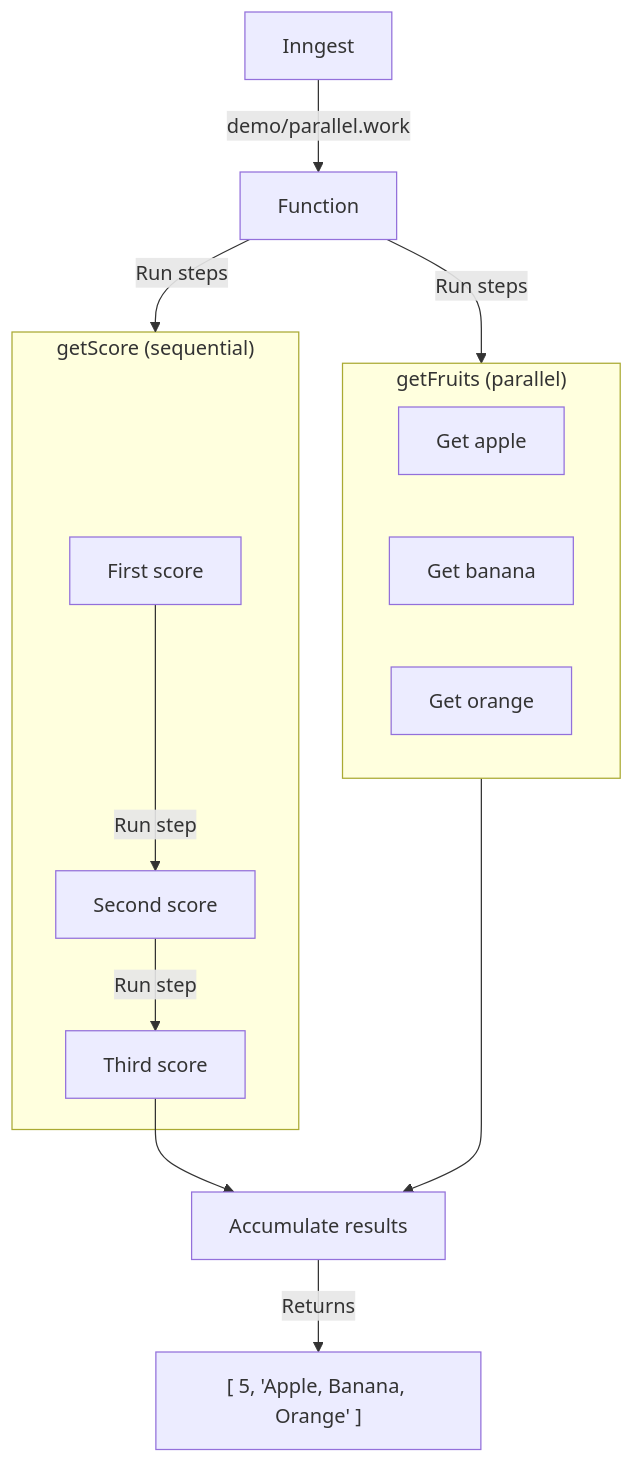
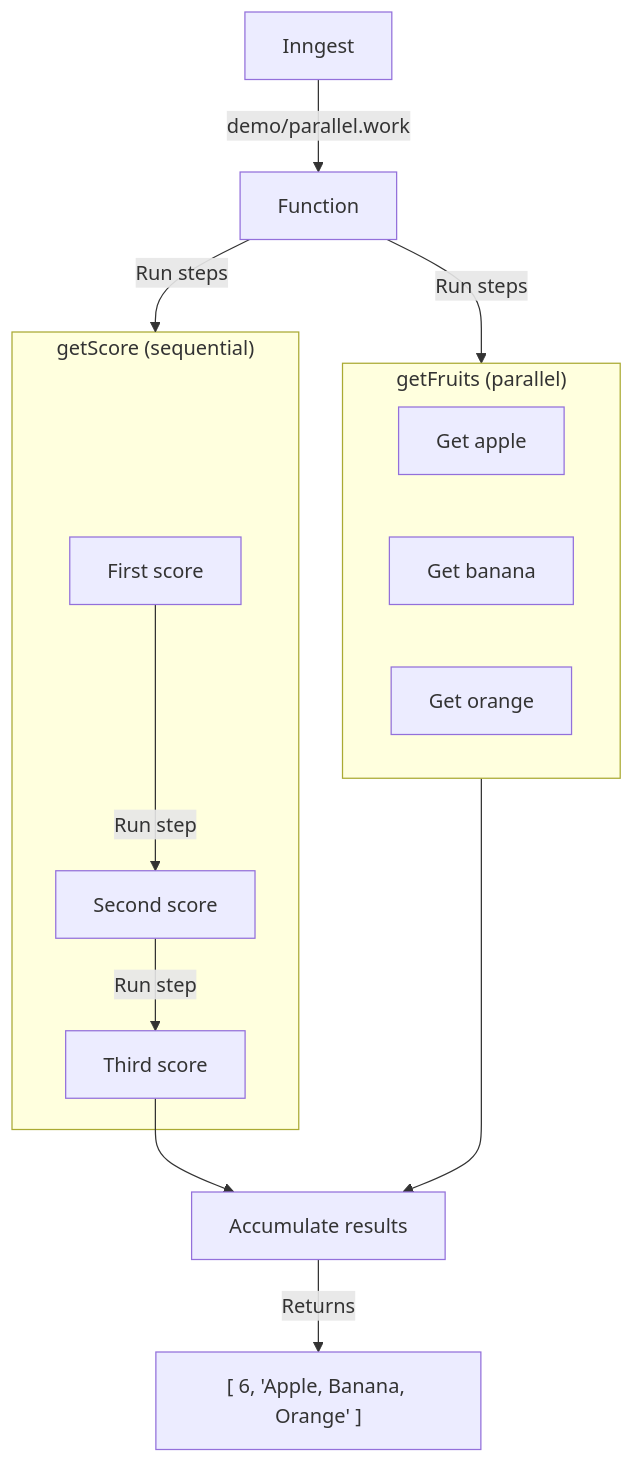
Before and after one commit to inngest/inngest-js: the diagram in src/examples/parallel-work/README.md, drawn with Mermaid. The commit also changed 8 other files, not shown here.

````diff
--- a/src/examples/parallel-work/README.md
+++ b/src/examples/parallel-work/README.md
@@ -13,22 +13,22 @@
 ```mermaid
 graph TD
 Inngest -->|demo/parallel.work| Function
 
 subgraph getScore["getScore (sequential)"]
 score1[First score]
 score1 -->|Run step| score2[Second score]
 score2 -->|Run step| score3[Third score]
 end
 
 subgraph getFruits["getFruits (parallel)"]
 apple[Get apple]
 banana[Get banana]
 orange[Get orange]
 end
 
 Function -->|Run steps| getScore & getFruits
 
 getFruits ----> ret[Accumulate results]
 score3 --> ret
-ret -->|Returns| done["[ 5, 'Apple, Banana, Orange' ]"]
+ret -->|Returns| done["[ 6, 'Apple, Banana, Orange' ]"]
 ```
````
